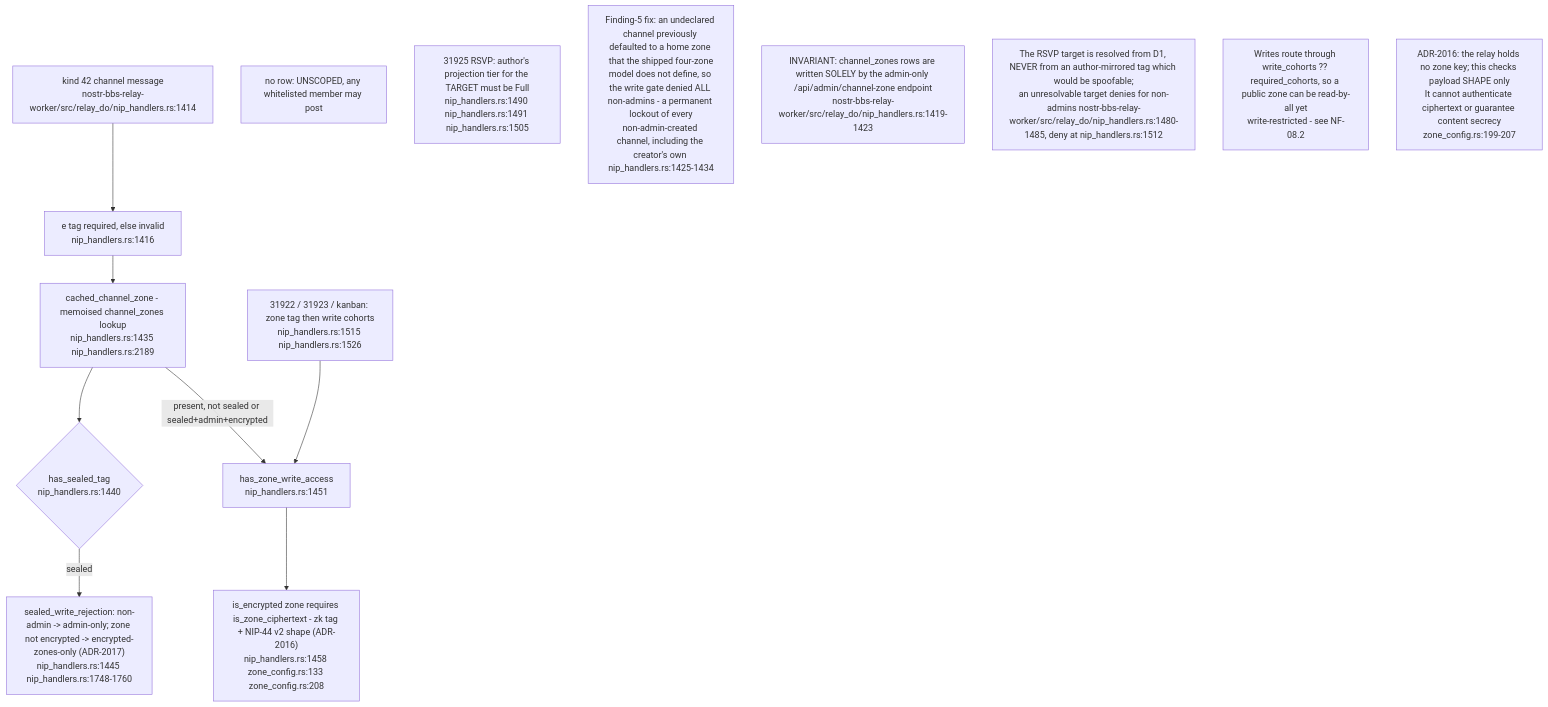
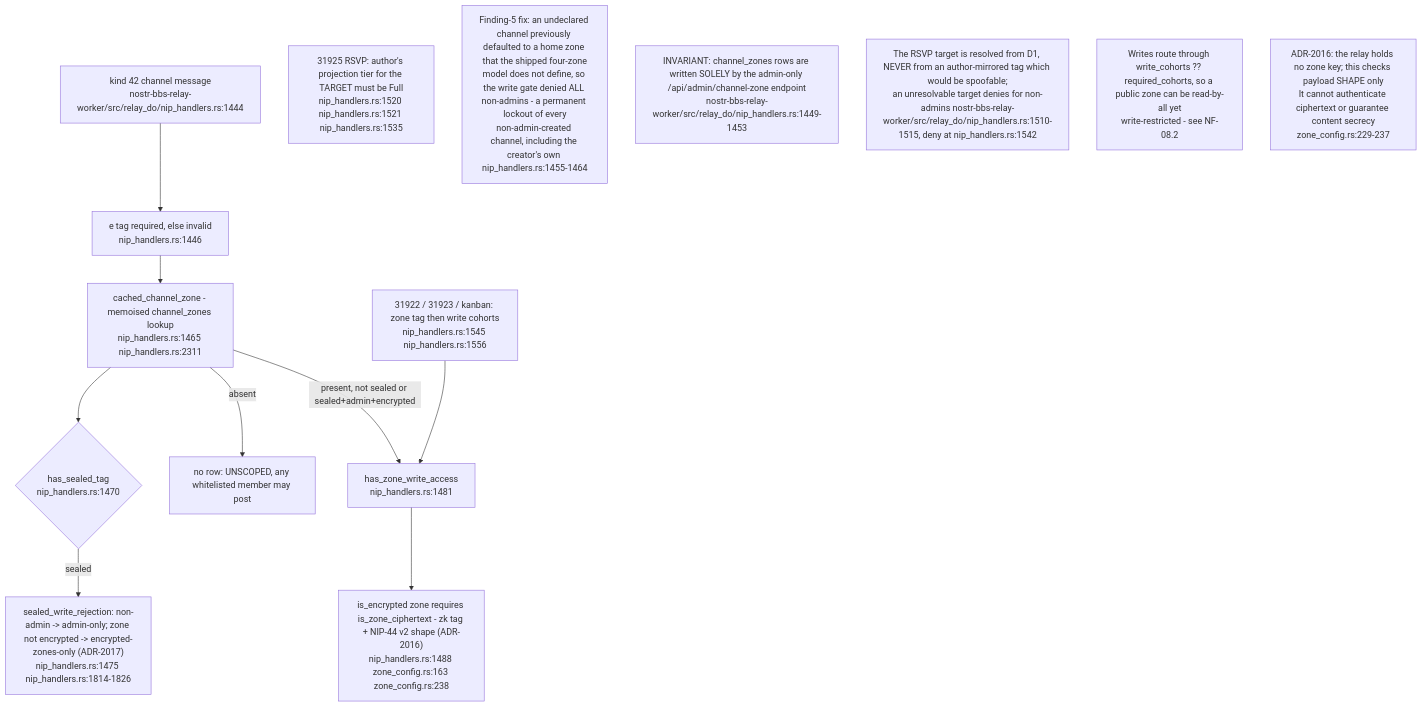
One commit to DreamLab-AI/VisionFlow changed diagram 12 of 16 in docs/diagrams/nostr-rust-forum/03-relay-worker-admission-auth-and-trust.md. Above: the diagram before and after it, drawn with Mermaid. The commit also changed other lines of this file, not shown here.

First line of the commit message:
docs(diagrams): re-verify NF-03 against nostr-rust-forum af4f0d5

````diff
--- a/docs/diagrams/nostr-rust-forum/03-relay-worker-admission-auth-and-trust.md
+++ b/docs/diagrams/nostr-rust-forum/03-relay-worker-admission-auth-and-trust.md
@@ -351,26 +374,27 @@
 ```mermaid
 flowchart TB
-    K42["kind 42 channel message<br/>nostr-bbs-relay-worker/src/relay_do/nip_handlers.rs:1414"]
-    ETAG["e tag required, else invalid<br/>nip_handlers.rs:1416"]
-    CZ["cached_channel_zone - memoised channel_zones lookup<br/>nip_handlers.rs:1435 nip_handlers.rs:2189"]
-    SEALED{"has_sealed_tag<br/>nip_handlers.rs:1440"}
-    SREJ["sealed_write_rejection: non-admin -> admin-only; zone not encrypted -> encrypted-zones-only (ADR-2017)<br/>nip_handlers.rs:1445 nip_handlers.rs:1748-1760"]
+    K42["kind 42 channel message<br/>nostr-bbs-relay-worker/src/relay_do/nip_handlers.rs:1444"]
+    ETAG["e tag required, else invalid<br/>nip_handlers.rs:1446"]
+    CZ["cached_channel_zone - memoised channel_zones lookup<br/>nip_handlers.rs:1465 nip_handlers.rs:2311"]
+    SEALED{"has_sealed_tag<br/>nip_handlers.rs:1470"}
+    SREJ["sealed_write_rejection: non-admin -> admin-only; zone not encrypted -> encrypted-zones-only (ADR-2017)<br/>nip_handlers.rs:1475 nip_handlers.rs:1814-1826"]
     UNSCOPED["no row: UNSCOPED, any whitelisted member may post"]
-    WGATE["has_zone_write_access<br/>nip_handlers.rs:1451"]
-    CIPHER["is_encrypted zone requires is_zone_ciphertext - zk tag + NIP-44 v2 shape (ADR-2016)<br/>nip_handlers.rs:1458 zone_config.rs:133 zone_config.rs:208"]
-    CAL["31922 / 31923 / kanban: zone tag then write cohorts<br/>nip_handlers.rs:1515 nip_handlers.rs:1526"]
-    RSVP["31925 RSVP: author's projection tier for the TARGET must be Full<br/>nip_handlers.rs:1490 nip_handlers.rs:1491 nip_handlers.rs:1505"]
+    WGATE["has_zone_write_access<br/>nip_handlers.rs:1481"]
+    CIPHER["is_encrypted zone requires is_zone_ciphertext - zk tag + NIP-44 v2 shape (ADR-2016)<br/>nip_handlers.rs:1488 zone_config.rs:163 zone_config.rs:238"]
+    CAL["31922 / 31923 / kanban: zone tag then write cohorts<br/>nip_handlers.rs:1545 nip_handlers.rs:1556"]
+    RSVP["31925 RSVP: author's projection tier for the TARGET must be Full<br/>nip_handlers.rs:1520 nip_handlers.rs:1521 nip_handlers.rs:1535"]
 
     K42 --> ETAG --> CZ
     CZ --> SEALED
     SEALED -->|"sealed"| SREJ
     CZ -->|"present, not sealed or sealed+admin+encrypted"| WGATE
+    CZ -->|"absent"| UNSCOPED
     WGATE --> CIPHER
     CAL --> WGATE
 
-    N1["Finding-5 fix: an undeclared channel previously defaulted to a home zone that the shipped four-zone<br/>model does not define, so the write gate denied ALL non-admins - a permanent lockout of every<br/>non-admin-created channel, including the creator's own nip_handlers.rs:1425-1434"]
-    N2["INVARIANT: channel_zones rows are written SOLELY by the admin-only /api/admin/channel-zone endpoint<br/>nostr-bbs-relay-worker/src/relay_do/nip_handlers.rs:1419-1423"]
-    N3["The RSVP target is resolved from D1, NEVER from an author-mirrored tag which would be spoofable;<br/>an unresolvable target denies for non-admins nostr-bbs-relay-worker/src/relay_do/nip_handlers.rs:1480-1485, deny at nip_handlers.rs:1512"]
+    N1["Finding-5 fix: an undeclared channel previously defaulted to a home zone that the shipped four-zone<br/>model does not define, so the write gate denied ALL non-admins - a permanent lockout of every<br/>non-admin-created channel, including the creator's own nip_handlers.rs:1455-1464"]
+    N2["INVARIANT: channel_zones rows are written SOLELY by the admin-only /api/admin/channel-zone endpoint<br/>nostr-bbs-relay-worker/src/relay_do/nip_handlers.rs:1449-1453"]
+    N3["The RSVP target is resolved from D1, NEVER from an author-mirrored tag which would be spoofable;<br/>an unresolvable target denies for non-admins nostr-bbs-relay-worker/src/relay_do/nip_handlers.rs:1510-1515, deny at nip_handlers.rs:1542"]
     N4["Writes route through write_cohorts ?? required_cohorts, so a public zone can be read-by-all yet<br/>write-restricted - see NF-08.2"]
-    N5["ADR-2016: the relay holds no zone key; this checks payload SHAPE only<br/>It cannot authenticate ciphertext or guarantee content secrecy<br/>zone_config.rs:199-207"]
+    N5["ADR-2016: the relay holds no zone key; this checks payload SHAPE only<br/>It cannot authenticate ciphertext or guarantee content secrecy<br/>zone_config.rs:229-237"]
 ```
````
